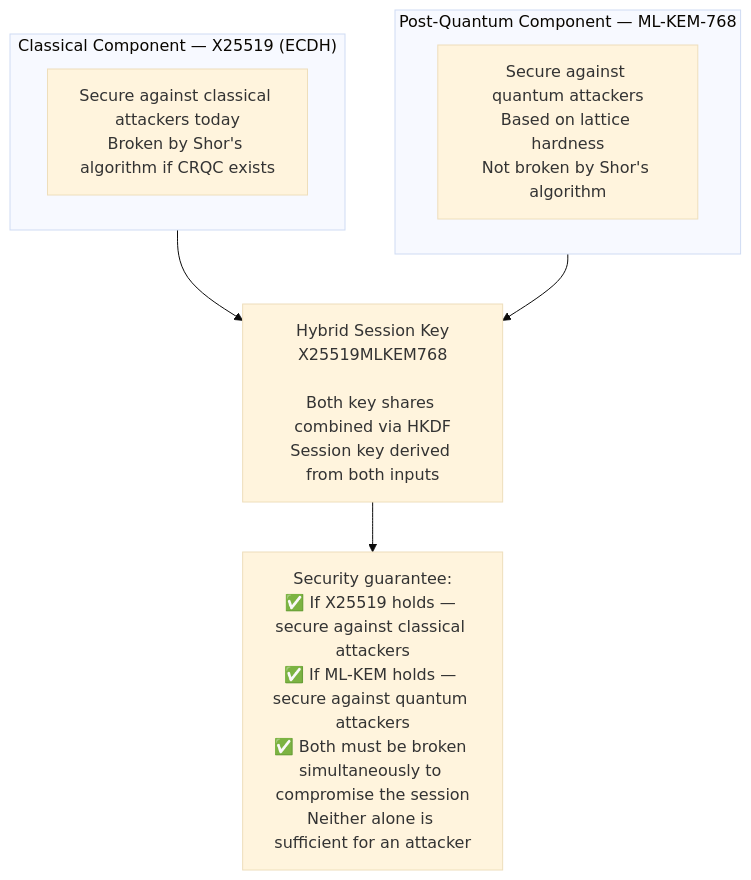
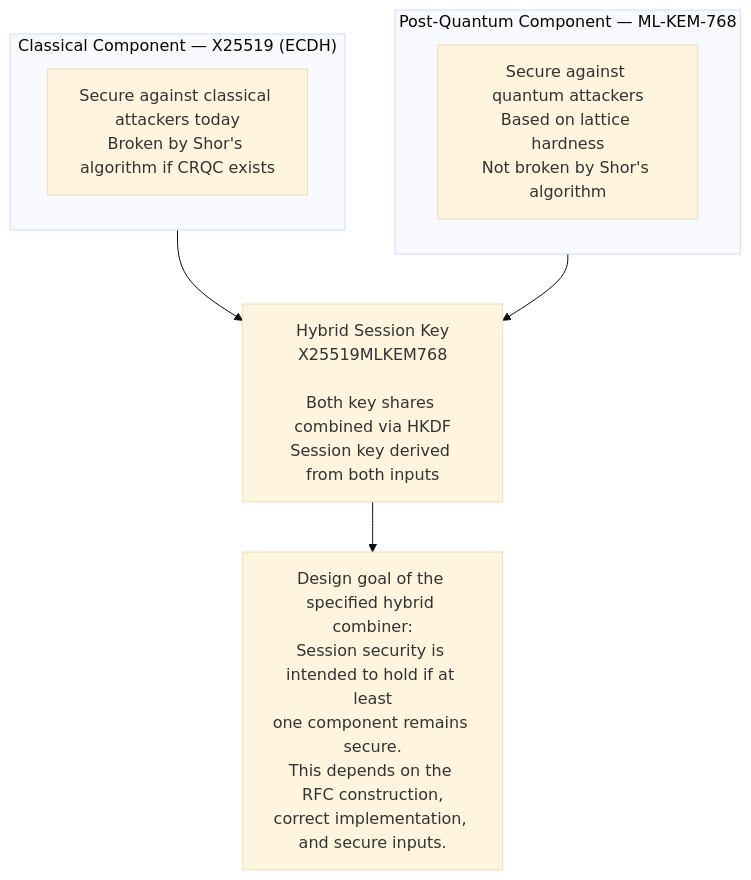
The third of 4 diagrams in _posts/2026-07-08-post-quantum-cryptography-tls-not-safe-forever.md (subodhpatil/suubodhpatil.github.io), drawn with Mermaid (base theme) before and after one commit. The commit also changed other lines of this file and 4 other files, not shown here.

````diff
--- a/_posts/2026-07-08-post-quantum-cryptography-tls-not-safe-forever.md
+++ b/_posts/2026-07-08-post-quantum-cryptography-tls-not-safe-forever.md
@@ -277,19 +268,19 @@
 ```mermaid
 flowchart TD
     subgraph Classical["Classical Component — X25519 (ECDH)"]
         C1["Secure against classical attackers today\nBroken by Shor's algorithm if CRQC exists"]
     end
 
     subgraph PQC["Post-Quantum Component — ML-KEM-768"]
         P1["Secure against quantum attackers\nBased on lattice hardness\nNot broken by Shor's algorithm"]
     end
 
     COMBINE["Hybrid Session Key\nX25519MLKEM768\n\nBoth key shares combined via HKDF\nSession key derived from both inputs"]
 
     Classical --> COMBINE
     PQC --> COMBINE
 
-    GUARANTEE["Security guarantee:\n✅ If X25519 holds — secure against classical attackers\n✅ If ML-KEM holds — secure against quantum attackers\n✅ Both must be broken simultaneously to compromise the session\nNeither alone is sufficient for an attacker"]
+    GUARANTEE["Design goal of the specified hybrid combiner:\nSession security is intended to hold if at least\none component remains secure.\nThis depends on the RFC construction,\ncorrect implementation, and secure inputs."]
 
     COMBINE --> GUARANTEE
 ```
````
